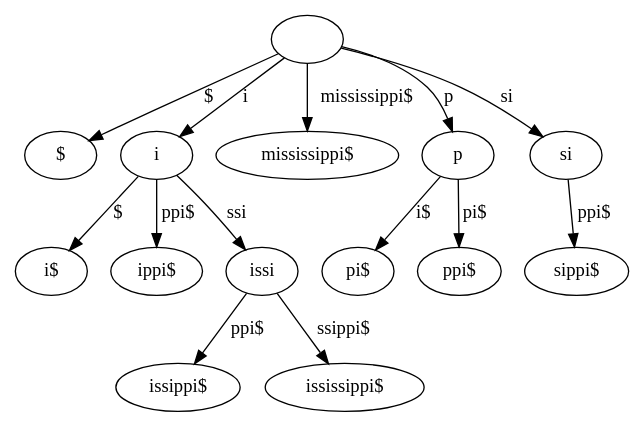
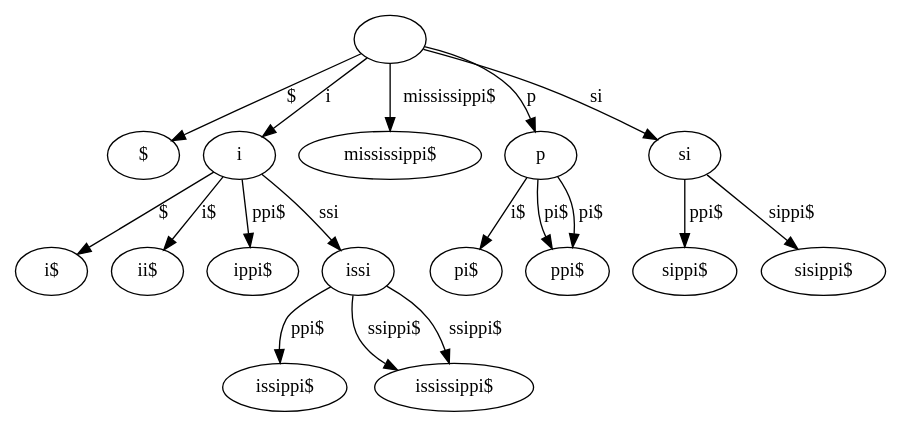
One commit to cmkobel/GSA changed the diagram in 3_lcp_suffix_tree/test-output/iter/8.gv. Above: the diagram before and after it, drawn with Graphviz. The commit also changed 24 other files, not shown here.

```diff
--- a/3_lcp_suffix_tree/test-output/iter/8.gv
+++ b/3_lcp_suffix_tree/test-output/iter/8.gv
@@ -1,30 +1,38 @@
 // Suffix tree
 digraph {
 	"|" [label=""]
 	"$|$" [label="$"]
 	"|" -> "$|$" [label="$"]
 	"i|i" [label=i]
 	"$|i$" [label="i$"]
 	"i|i" -> "$|i$" [label="$"]
+	"i$|ii$" [label="ii$"]
+	"i|i" -> "i$|ii$" [label="i$"]
 	"ppi$|ippi$" [label="ippi$"]
 	"i|i" -> "ppi$|ippi$" [label="ppi$"]
 	"ssi|issi" [label=issi]
 	"ppi$|issippi$" [label="issippi$"]
 	"ssi|issi" -> "ppi$|issippi$" [label="ppi$"]
+	"ssippi$|ississippi$" [label="ississippi$"]
+	"ssi|issi" -> "ssippi$|ississippi$" [label="ssippi$"]
 	"ssippi$|ississippi$" [label="ississippi$"]
 	"ssi|issi" -> "ssippi$|ississippi$" [label="ssippi$"]
 	"i|i" -> "ssi|issi" [label=ssi]
 	"|" -> "i|i" [label=i]
 	"mississippi$|mississippi$" [label="mississippi$"]
 	"|" -> "mississippi$|mississippi$" [label="mississippi$"]
 	"p|p" [label=p]
 	"i$|pi$" [label="pi$"]
 	"p|p" -> "i$|pi$" [label="i$"]
 	"pi$|ppi$" [label="ppi$"]
 	"p|p" -> "pi$|ppi$" [label="pi$"]
+	"pi$|ppi$" [label="ppi$"]
+	"p|p" -> "pi$|ppi$" [label="pi$"]
 	"|" -> "p|p" [label=p]
 	"si|si" [label=si]
 	"ppi$|sippi$" [label="sippi$"]
 	"si|si" -> "ppi$|sippi$" [label="ppi$"]
+	"sippi$|sisippi$" [label="sisippi$"]
+	"si|si" -> "sippi$|sisippi$" [label="sippi$"]
 	"|" -> "si|si" [label=si]
 }
```
